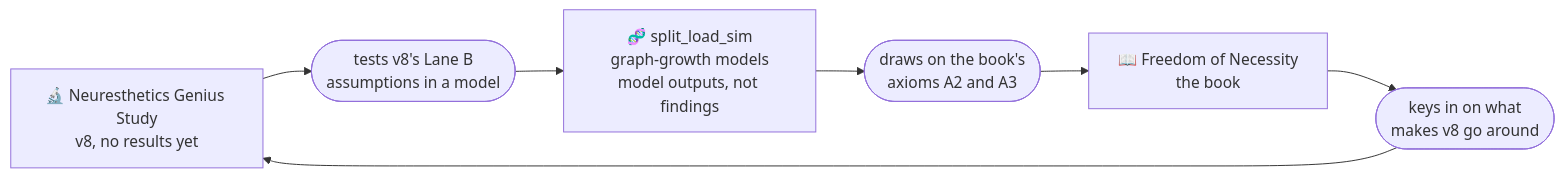
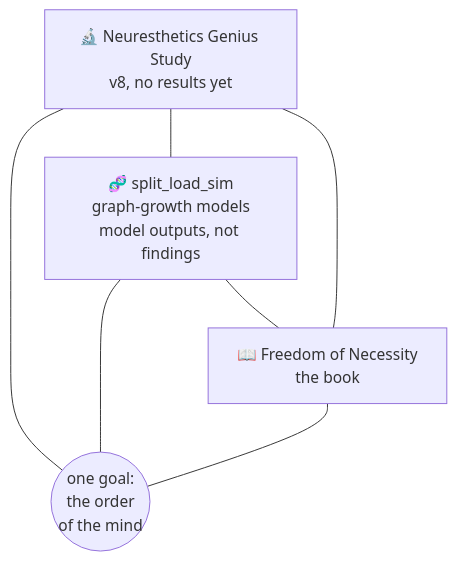
One commit to neuresthetics/neuresthetics changed the diagram in README.md. Above: the diagram before and after it, drawn with Mermaid. The commit also changed other lines of this file, not shown here.

Commit message:
Profile: nondirectional map, three projects around one goal

````diff
--- a/README.md
+++ b/README.md
@@ -72,12 +72,13 @@
 ```mermaid
-flowchart LR
+flowchart TB
   ST["🔬 Neuresthetics Genius Study<br/>v8, no results yet"]
+  G(("one goal:<br/>the order<br/>of the mind"))
   S["🧬 split_load_sim<br/>graph-growth models<br/>model outputs, not findings"]
   B["📖 Freedom of Necessity<br/>the book"]
-  r1(["tests v8's Lane B<br/>assumptions in a model"])
-  r2(["draws on the book's<br/>axioms A2 and A3"])
-  r3(["keys in on what<br/>makes v8 go around"])
-  ST --> r1 --> S
-  S --> r2 --> B
-  B --> r3 --> ST
+  ST --- G
+  S --- G
+  B --- G
+  ST --- S
+  S --- B
+  B --- ST
 ```
````
